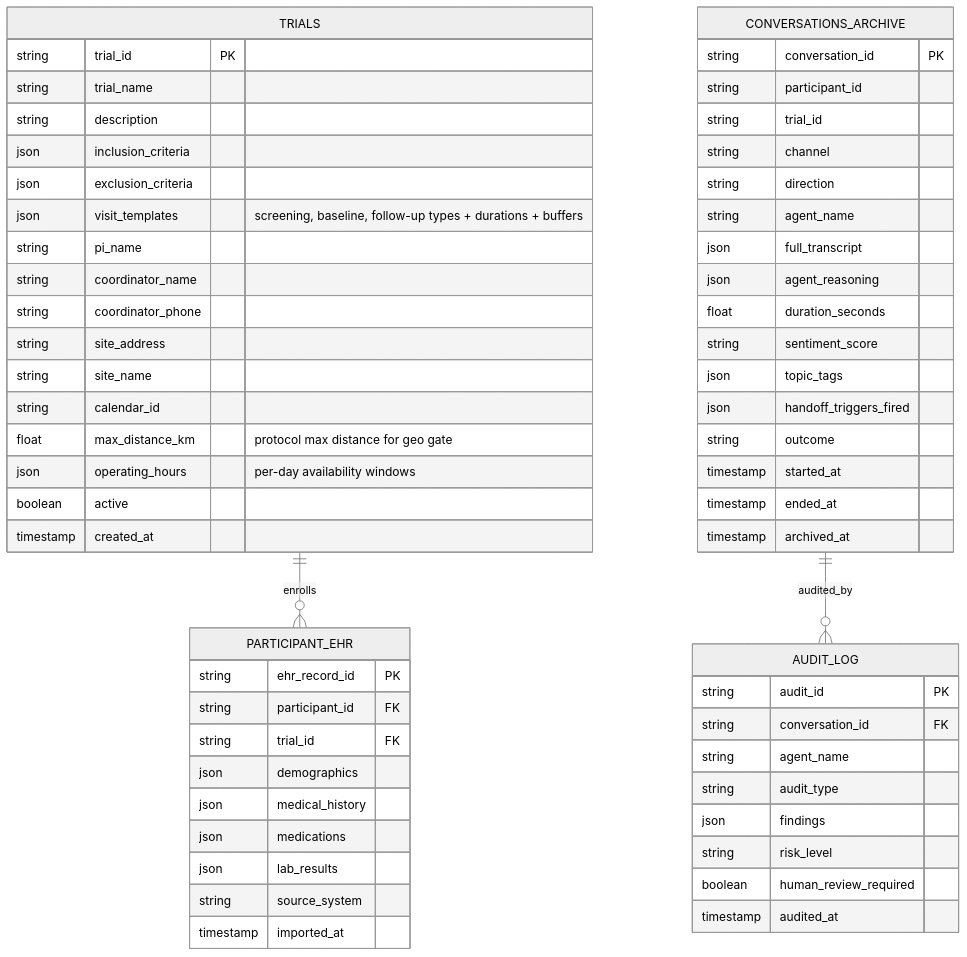
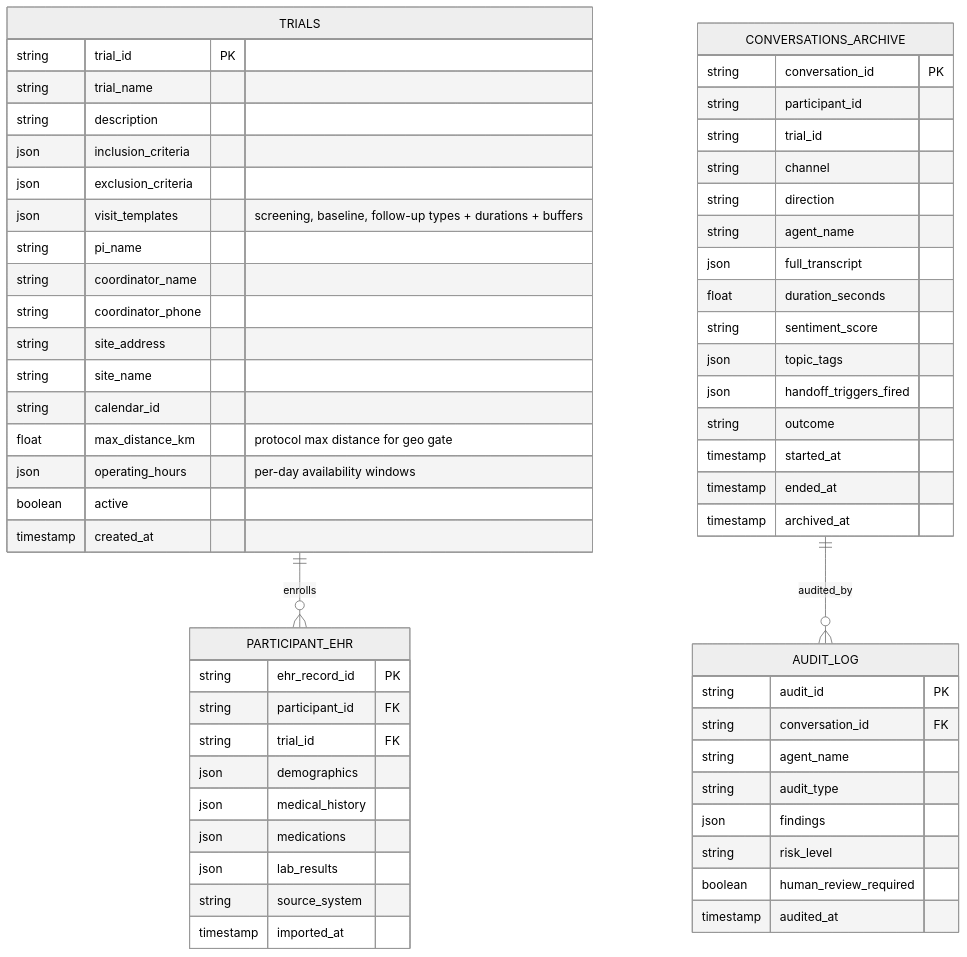
Before and after one commit to wilsonwolf/ask_mary: the eighth of 10 diagrams in local_docs/ask_mary_plan.md, drawn with Mermaid (neutral theme). The commit also changed other lines of this file and 1 other file, not shown here.

````diff
--- a/local_docs/ask_mary_plan.md
+++ b/local_docs/ask_mary_plan.md
@@ -992,66 +1034,65 @@
 ```mermaid
 erDiagram
     TRIALS ||--o{ PARTICIPANT_EHR : enrolls
     CONVERSATIONS_ARCHIVE ||--o{ AUDIT_LOG : audited_by
 
     TRIALS {
         string trial_id PK
         string trial_name
         string description
         json inclusion_criteria
         json exclusion_criteria
         json visit_templates "screening, baseline, follow-up types + durations + buffers"
         string pi_name
         string coordinator_name
         string coordinator_phone
         string site_address
         string site_name
         string calendar_id
         float max_distance_km "protocol max distance for geo gate"
         json operating_hours "per-day availability windows"
         boolean active
         timestamp created_at
     }
 
     PARTICIPANT_EHR {
         string ehr_record_id PK
         string participant_id FK
         string trial_id FK
         json demographics
         json medical_history
         json medications
         json lab_results
         string source_system
         timestamp imported_at
     }
 
     CONVERSATIONS_ARCHIVE {
         string conversation_id PK
         string participant_id
         string trial_id
         string channel
         string direction
         string agent_name
         json full_transcript
-        json agent_reasoning
         float duration_seconds
         string sentiment_score
         json topic_tags
         json handoff_triggers_fired
         string outcome
         timestamp started_at
         timestamp ended_at
         timestamp archived_at
     }
 
     AUDIT_LOG {
         string audit_id PK
         string conversation_id FK
         string agent_name
         string audit_type
         json findings
         string risk_level
         boolean human_review_required
         timestamp audited_at
     }
 ```
````
